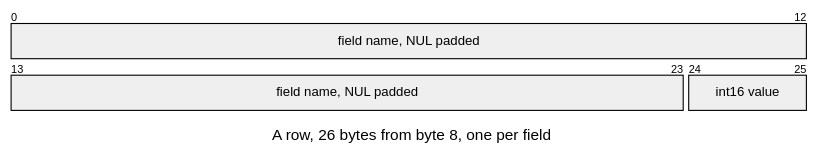
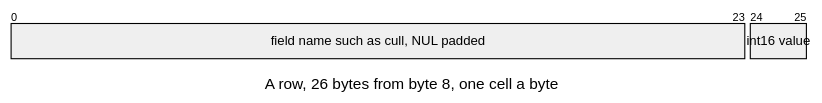
Before and after one commit to jose-villegas/autana: the fourth of 4 diagrams in docs/render/Render-Settings.md, drawn with Mermaid. The commit also changed other lines of this file and 13 other files, not shown here.

````diff
--- a/docs/render/Render-Settings.md
+++ b/docs/render/Render-Settings.md
@@ -155,12 +156,12 @@
 ```mermaid
 ---
 config:
   packet:
-    bitsPerRow: 13
-    bitWidth: 56
+    bitsPerRow: 26
+    bitWidth: 28
 ---
 packet-beta
-title A row, 26 bytes from byte 8, one per field
-0-23: "field name, NUL padded"
+title A row, 26 bytes from byte 8, one cell a byte
+0-23: "field name such as cull, NUL padded"
 24-25: "int16 value"
 ```
````
